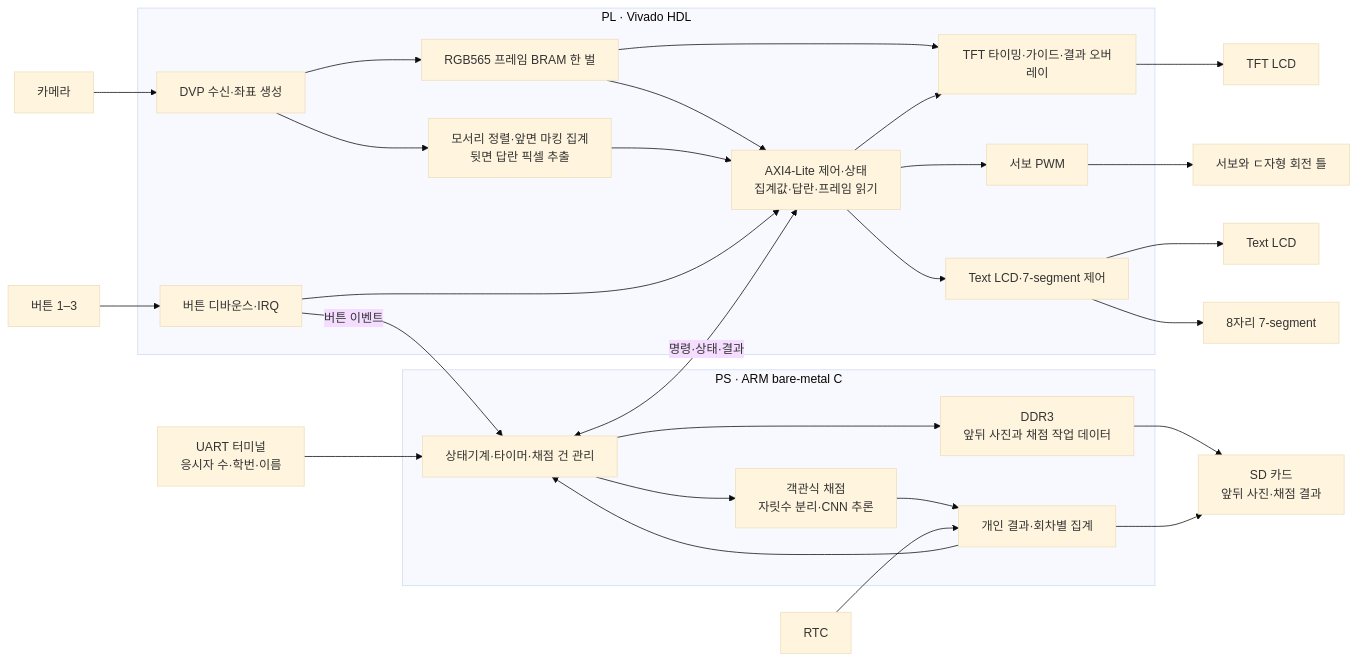
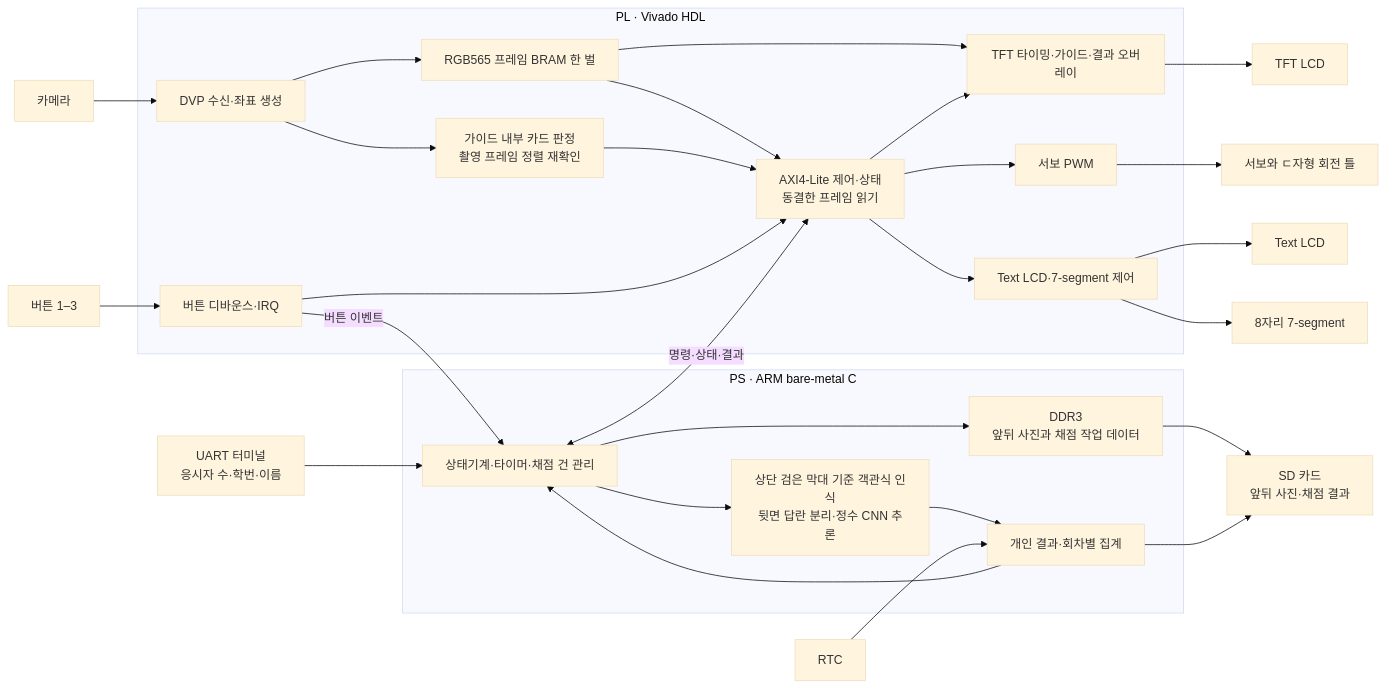
One commit to yumyum1215/26SoC_Term_Project_OMR_Reader changed the first of 2 diagrams in docs/system-architecture.md. Above: the diagram before and after it, drawn with Mermaid (base theme). The commit also changed other lines of this file and 21 other files, not shown here.

````diff
--- a/docs/system-architecture.md
+++ b/docs/system-architecture.md
@@ -11,52 +11,52 @@
 ```mermaid
 flowchart LR
     CAMERA["카메라"]
     PB["버튼 1–3"]
     SERVO["서보와 ㄷ자형 회전 틀"]
     TFT["TFT LCD"]
     TEXT["Text LCD"]
     FND["8자리 7-segment"]
     HOST["UART 터미널<br/>응시자 수·학번·이름"]
     RTC["RTC"]
     SD["SD 카드<br/>앞뒤 사진·채점 결과"]
 
     subgraph PL["PL · Vivado HDL"]
         CAP["DVP 수신·좌표 생성"]
         FRAME["RGB565 프레임 BRAM 한 벌"]
-        ROI["모서리 정렬·앞면 마킹 집계<br/>뒷면 답란 픽셀 추출"]
+        ROI["가이드 내부 카드 판정<br/>촬영 프레임 정렬 재확인"]
         VIEW["TFT 타이밍·가이드·결과 오버레이"]
         IRQ["버튼 디바운스·IRQ"]
-        AXI["AXI4-Lite 제어·상태<br/>집계값·답란·프레임 읽기"]
+        AXI["AXI4-Lite 제어·상태<br/>동결한 프레임 읽기"]
         PWM["서보 PWM"]
         DISPLAY["Text LCD·7-segment 제어"]
     end
 
     subgraph PS["PS · ARM bare-metal C"]
         FSM["상태기계·타이머·채점 건 관리"]
-        GRADE["객관식 채점<br/>자릿수 분리·CNN 추론"]
+        GRADE["상단 검은 막대 기준 객관식 인식<br/>뒷면 답란 분리·정수 CNN 추론"]
         RECORD["개인 결과·회차별 집계"]
         DDR["DDR3<br/>앞뒤 사진과 채점 작업 데이터"]
     end
 
     CAMERA --> CAP
     CAP --> FRAME
     CAP --> ROI
     FRAME --> VIEW --> TFT
     FRAME --> AXI
     ROI --> AXI
     PB --> IRQ -->|"버튼 이벤트"| FSM
     IRQ --> AXI
     FSM <-->|"명령·상태·결과"| AXI
     AXI --> PWM --> SERVO
     AXI --> VIEW
     AXI --> DISPLAY
     DISPLAY --> TEXT
     DISPLAY --> FND
     FSM --> GRADE --> RECORD
     FSM --> DDR
     RECORD --> FSM
     DDR --> SD
     RECORD --> SD
     HOST --> FSM
     RTC --> RECORD
 ```
````
